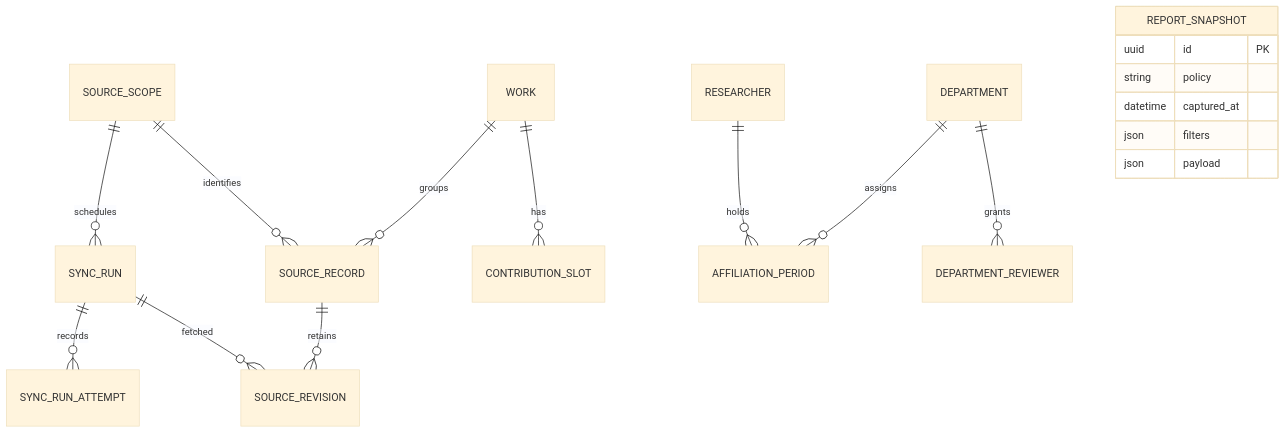
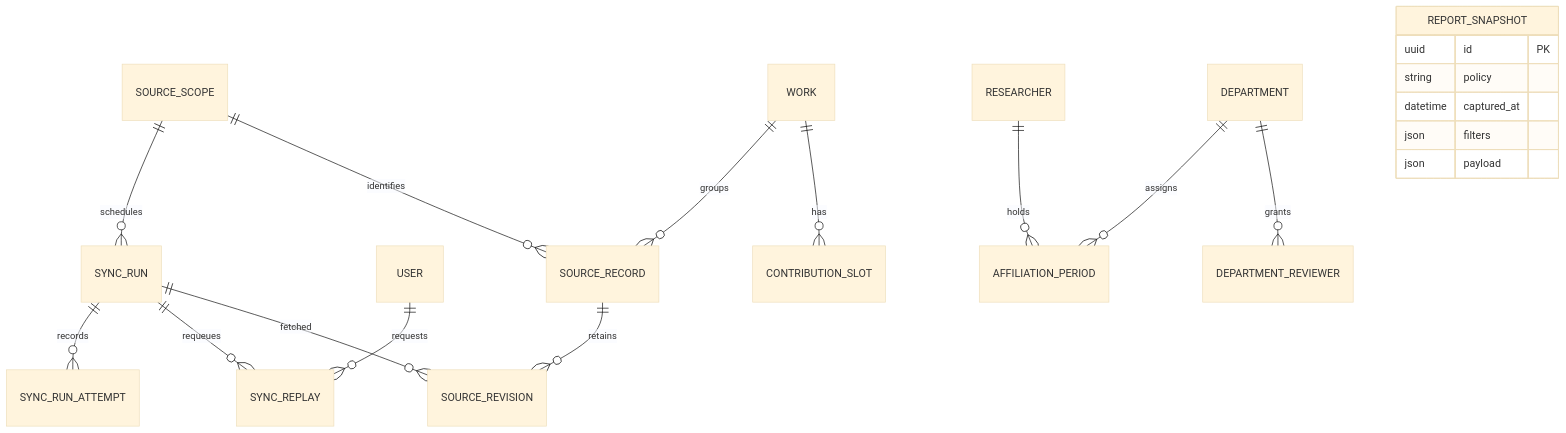
The second of 2 diagrams in docs/architecture/data-model.md (ytdshhxy1215/research-output-claims), drawn with Mermaid (base theme) before and after one commit. The commit also changed 23 other files, not shown here.

````diff
--- a/docs/architecture/data-model.md
+++ b/docs/architecture/data-model.md
@@ -49,20 +49,22 @@
 ```mermaid
 erDiagram
     SOURCE_SCOPE ||--o{ SYNC_RUN : schedules
     SYNC_RUN ||--o{ SYNC_RUN_ATTEMPT : records
+    SYNC_RUN ||--o{ SYNC_REPLAY : requeues
+    USER ||--o{ SYNC_REPLAY : requests
     SOURCE_SCOPE ||--o{ SOURCE_RECORD : identifies
     SOURCE_RECORD ||--o{ SOURCE_REVISION : retains
     SYNC_RUN ||--o{ SOURCE_REVISION : fetched
     WORK ||--o{ SOURCE_RECORD : groups
     WORK ||--o{ CONTRIBUTION_SLOT : has
     RESEARCHER ||--o{ AFFILIATION_PERIOD : holds
     DEPARTMENT ||--o{ AFFILIATION_PERIOD : assigns
     DEPARTMENT ||--o{ DEPARTMENT_REVIEWER : grants
     REPORT_SNAPSHOT {
         uuid id PK
         string policy
         datetime captured_at
         json filters
         json payload
     }
 ```
````
